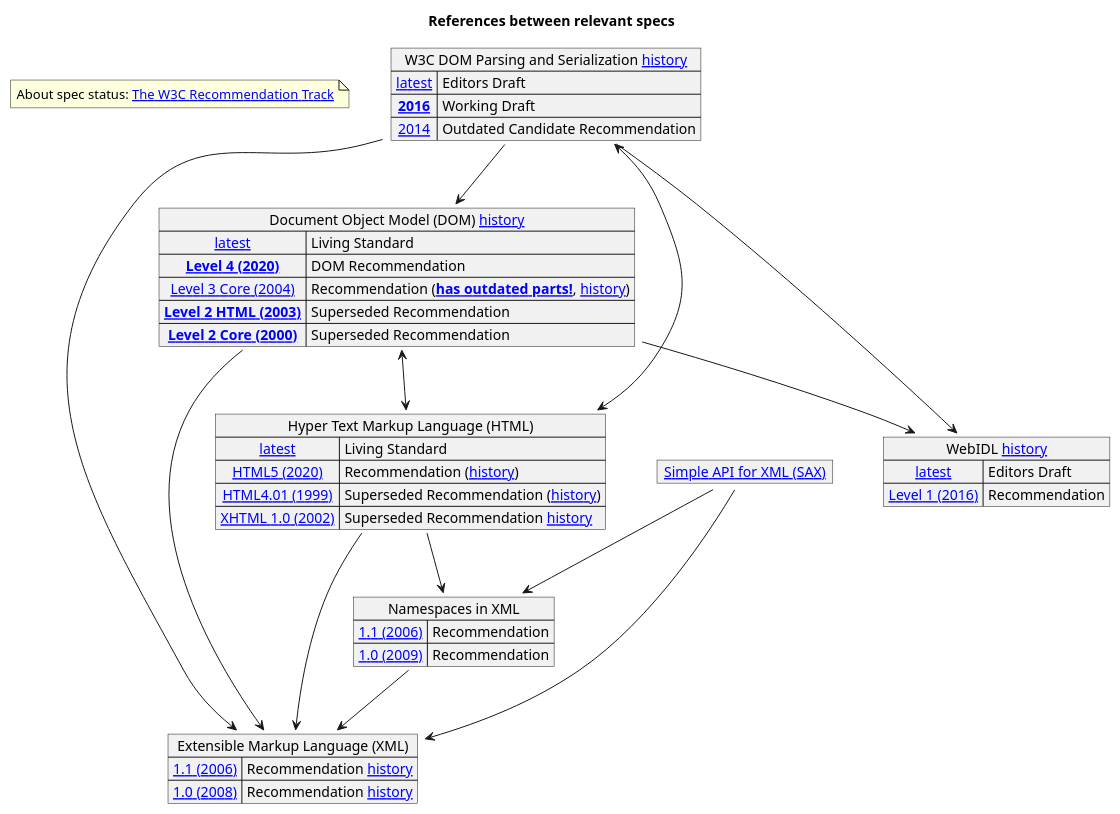
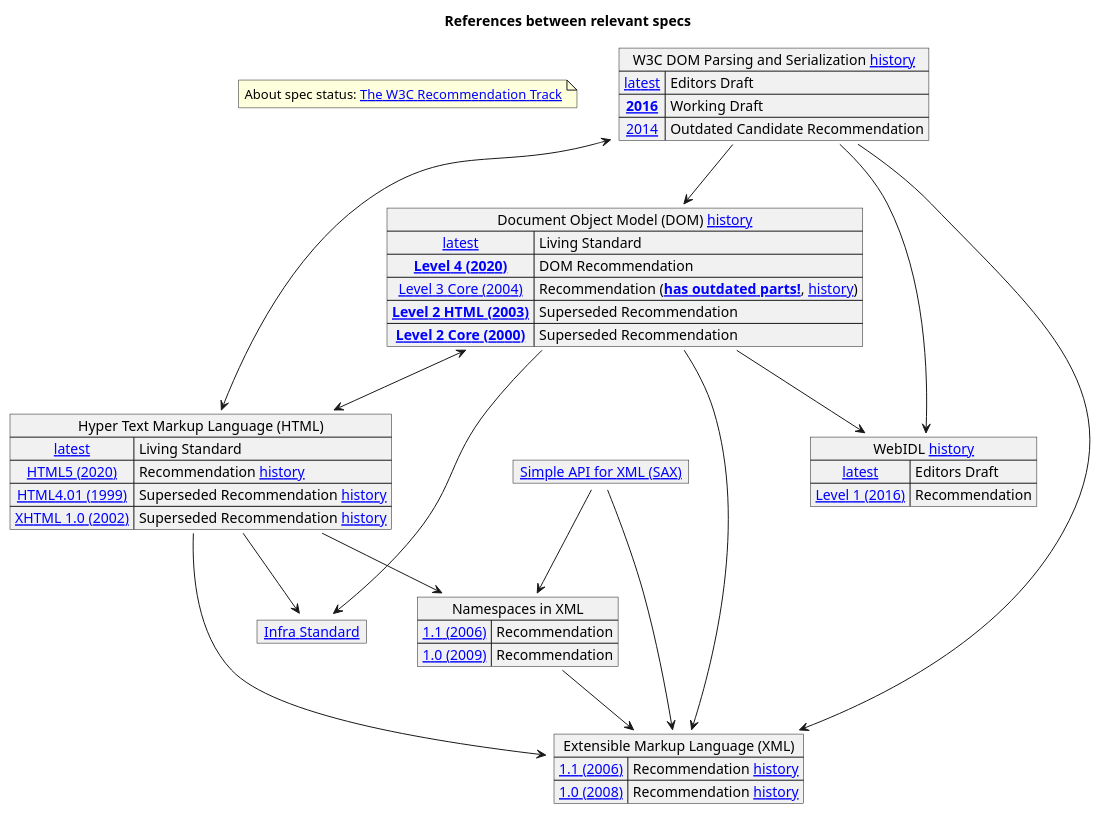
One commit to xmldom/xmldom changed the diagram in docs/specs.puml. Above: the diagram before and after it, drawn with PlantUML. The commit also changed 2 other files, not shown here.

Commit message:
docs: Add Infra Standard to the mix

```diff
--- a/docs/specs.puml
+++ b/docs/specs.puml
@@ -1,72 +1,76 @@
 @startuml
 'https://plantuml.com/object-diagram
 'to update the SVG after changing this file run
 'docs/puml.sh
 
 title "References between relevant specs"
 
 note "About spec status: [[https://www.w3.org/2020/Process-20200915/#rec-track The W3C Recommendation Track]]" as status
 
 map "W3C DOM Parsing and Serialization [[https://www.w3.org/standards/history/DOM-Parsing history]]" as DOMParsing {
   [[https://w3c.github.io/DOM-Parsing/ latest]] => Editors Draft
   **[[https://www.w3.org/TR/2016/WD-DOM-Parsing-20160517/ 2016]]** => Working Draft
   [[https://www.w3.org/TR/2014/CR-DOM-Parsing-20140617/ 2014]] => Outdated Candidate Recommendation
 }
 
 map "Document Object Model (DOM) [[https://www.w3.org/standards/history/dom history]]" as DOM {
   [[https://dom.spec.whatwg.org/ latest]] => Living Standard
   **[[https://dom.spec.whatwg.org/review-drafts/2019-06/ Level 4 (2020)]]** => DOM Recommendation
   [[https://www.w3.org/TR/DOM-Level-3-Core/ Level 3 Core (2004)]] => Recommendation (**[[https://dom.spec.whatwg.org/#historical has outdated parts!]]**, [[https://www.w3.org/standards/history/DOM-Level-3-Core history]])
   **[[https://www.w3.org/TR/DOM-Level-2-HTML/ Level 2 HTML (2003)]]** => Superseded Recommendation
   **[[https://www.w3.org/TR/DOM-Level-2-Core/ Level 2 Core (2000)]]** => Superseded Recommendation
 }
 
 map "Hyper Text Markup Language (HTML)" as HTML {
   [[https://html.spec.whatwg.org/ latest]] => Living Standard
-  [[https://html.spec.whatwg.org/review-drafts/2020-01/ HTML5 (2020)]] => Recommendation ([[https://www.w3.org/standards/history/html history]])
-  [[https://www.w3.org/TR/html401/ HTML4.01 (1999)]] => Recommendation ([[https://www.w3.org/standards/history/html401 history]])
-  [[https://www.w3.org/TR/html401/ HTML4.01 (1999)]] => Superseded Recommendation ([[https://www.w3.org/standards/history/html401 history]])
+  [[https://html.spec.whatwg.org/review-drafts/2020-01/ HTML5 (2020)]] => Recommendation [[https://www.w3.org/standards/history/html history]]
+  [[https://www.w3.org/TR/html401/ HTML4.01 (1999)]] => Recommendation [[https://www.w3.org/standards/history/html401 history]]
+  [[https://www.w3.org/TR/html401/ HTML4.01 (1999)]] => Superseded Recommendation [[https://www.w3.org/standards/history/html401 history]]
   [[https://www.w3.org/TR/xhtml1/ XHTML 1.0 (2002)]] => Superseded Recommendation [[https://www.w3.org/standards/history/xhtml1 history]]
   [[https://www.w3.org/TR/xhtml1/ XHTML 1.0 (2002)]] => Superseded Recommendation [[https://www.w3.org/standards/history/xhtml1 history]]
 
 }
 
 map "Extensible Markup Language (XML)" as XML {
   [[https://www.w3.org/TR/xml11/ 1.1 (2006)]] => Recommendation [[https://www.w3.org/standards/history/xml11 history]]
   [[https://www.w3.org/TR/xml/ 1.0 (2008)]] => Recommendation [[https://www.w3.org/standards/history/xml history]]
 }
 
 map "Namespaces in XML" as XMLNS {
   [[https://www.w3.org/TR/xml-names11/ 1.1 (2006)]] => Recommendation
   [[https://www.w3.org/TR/REC-xml-names/ 1.0 (2009)]] => Recommendation
 }
 
 map "WebIDL [[https://www.w3.org/standards/history/WebIDL-1 history]]" as WebIDL {
   [[https://heycam.github.io/webidl/ latest]] => Editors Draft
   [[https://www.w3.org/TR/WebIDL-1/ Level 1 (2016)]] => Recommendation
 }
 
 map "[[http://www.saxproject.org/ Simple API for XML (SAX)]]" as SAX {
-
 }
 
+map "[[https://infra.spec.whatwg.org/ Infra Standard]]" as Infra {
+}
+
+
+
 DOM <--> HTML
+DOM --> Infra
 DOM --> WebIDL
 DOM --> XML
 
 DOMParsing --> DOM
 DOMParsing <--> HTML
 DOMParsing --> XML
 DOMParsing --> WebIDL
 
+HTML --> Infra
 HTML --> XML
 HTML --> XMLNS
 
 SAX --> XML
 SAX --> XMLNS
 
 XMLNS --> XML
 
-
-
 @enduml
```
